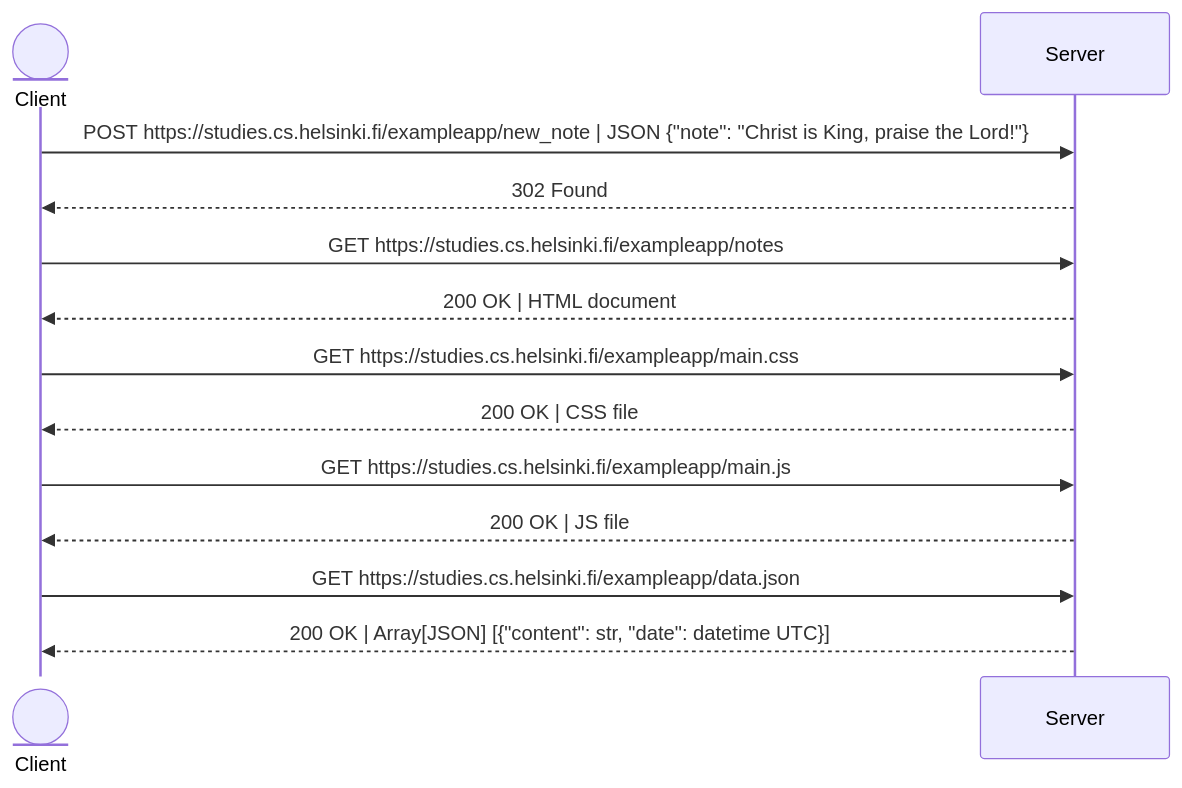
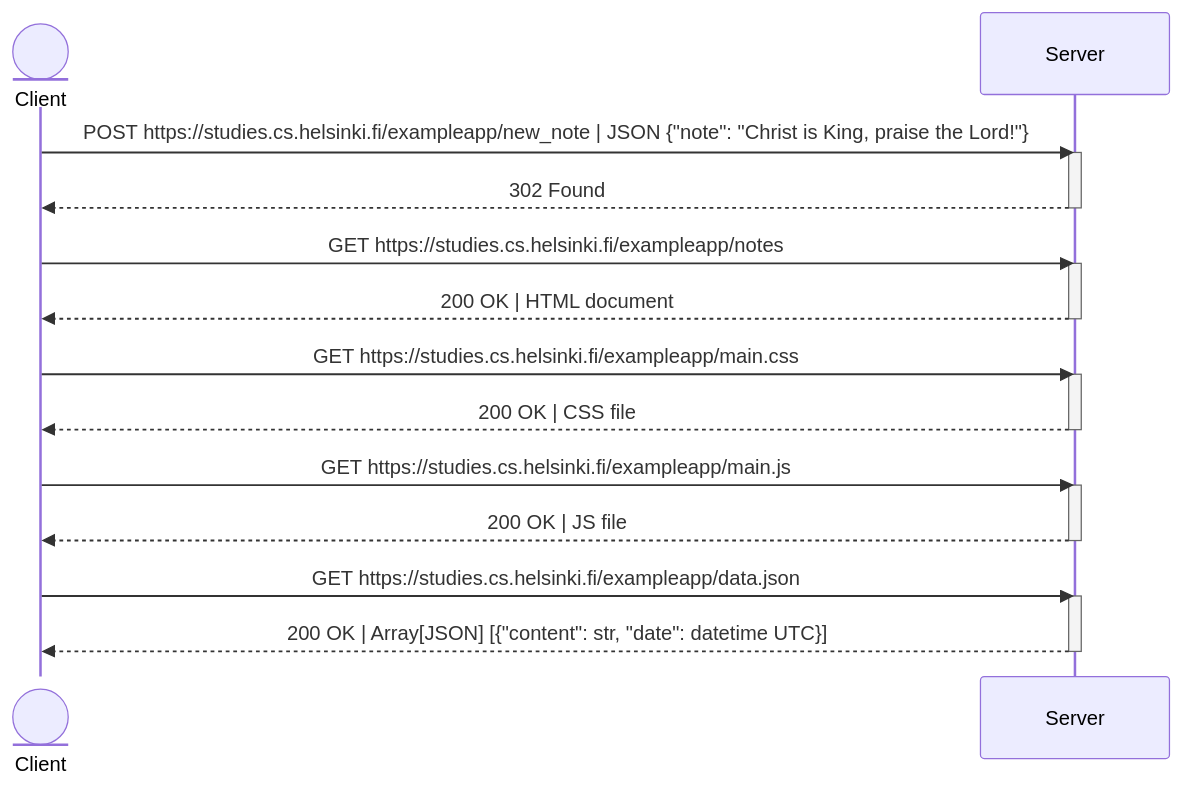
Before and after one commit to adilarshidin/fullstackopen: the diagram in part0/0.4 - New note diagram.md, drawn with Mermaid.

Commit message:
style: add styling to diagram

````diff
--- a/part0/0.4 - New note diagram.md
+++ b/part0/0.4 - New note diagram.md
@@ -1,25 +1,30 @@
 ```mermaid
 sequenceDiagram
 
     participant Client@{ "type": "entity" }
 
     Client ->> Server: POST https://studies.cs.helsinki.fi/exampleapp/new_note | JSON {"note": "Christ is King, praise the Lord!"}
-
+    activate Server
     Server -->> Client: 302 Found
+    deactivate Server
 
     Client ->> Server: GET https://studies.cs.helsinki.fi/exampleapp/notes
-
+    activate Server
     Server -->> Client: 200 OK | HTML document
+    deactivate Server
 
     Client ->> Server: GET https://studies.cs.helsinki.fi/exampleapp/main.css
-
+    activate Server
     Server -->> Client: 200 OK | CSS file
+    deactivate Server
 
     Client ->> Server: GET https://studies.cs.helsinki.fi/exampleapp/main.js
-
+    activate Server
     Server -->> Client: 200 OK | JS file
+    deactivate Server
 
     Client ->> Server: GET https://studies.cs.helsinki.fi/exampleapp/data.json
-
+    activate Server
     Server -->> Client: 200 OK | Array[JSON] [{"content": str, "date": datetime UTC}]
+    deactivate Server
 ```
````
